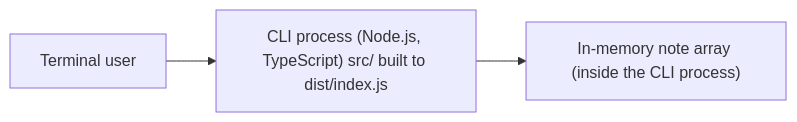
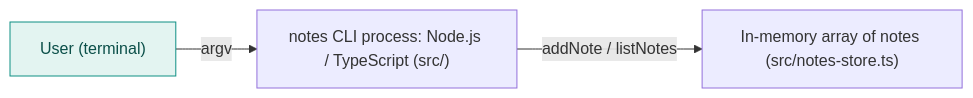
One commit to hxxnn/codemap changed the second of 3 diagrams in examples/ts-notes-cli/docs/codemap/architecture.md. Above: the diagram before and after it, drawn with Mermaid. The commit also changed other lines of this file and 35 other files, not shown here.

````diff
--- a/examples/ts-notes-cli/docs/codemap/architecture.md
+++ b/examples/ts-notes-cli/docs/codemap/architecture.md
@@ -33,8 +30,9 @@
 ```mermaid
 flowchart LR
-  user["Terminal user"]
-  cli["CLI process (Node.js, TypeScript) src/ built to dist/index.js"]
-  mem["In-memory note array (inside the CLI process)"]
-  user --> cli
-  cli --> mem
+  n1["User (terminal)"]:::external
+  n2["notes CLI process: Node.js / TypeScript (src/)"]
+  n3["In-memory array of notes (src/notes-store.ts)"]
+  n1 -->|"argv"| n2
+  n2 -->|"addNote / listNotes"| n3
+  classDef external fill:#E3F4F1,stroke:#0E8F83,color:#0B4F49
 ```
````
